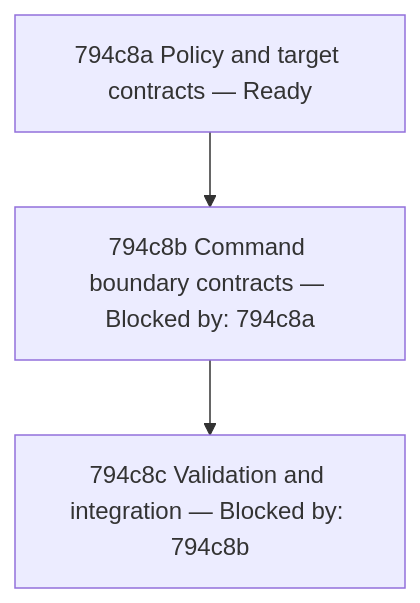
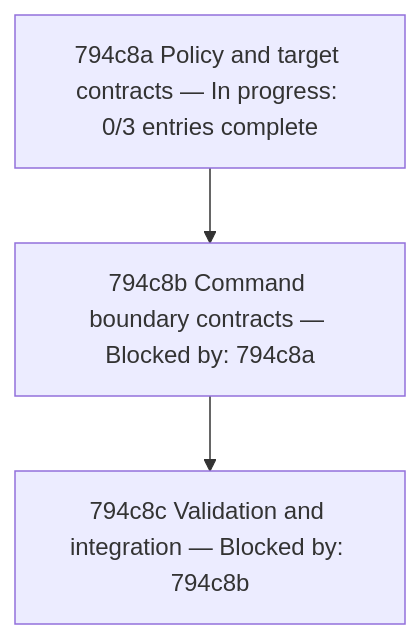
The diagram in docs/changes/794_nilaway-resources/794c_implementation-plan.md (toejough/engram), drawn with Mermaid before and after one commit. The commit also changed other lines of this file and 4 other files, not shown here.

````diff
--- a/docs/changes/794_nilaway-resources/794c_implementation-plan.md
+++ b/docs/changes/794_nilaway-resources/794c_implementation-plan.md
@@ -50,8 +50,8 @@
 ```mermaid
 graph TD
-    N794c8a["794c8a Policy and target contracts — Ready"]
+    N794c8a["794c8a Policy and target contracts — In progress: 0/3 entries complete"]
     N794c8b["794c8b Command boundary contracts — Blocked by: 794c8a"]
     N794c8c["794c8c Validation and integration — Blocked by: 794c8b"]
     N794c8a --> N794c8b
     N794c8b --> N794c8c
 ```
````
